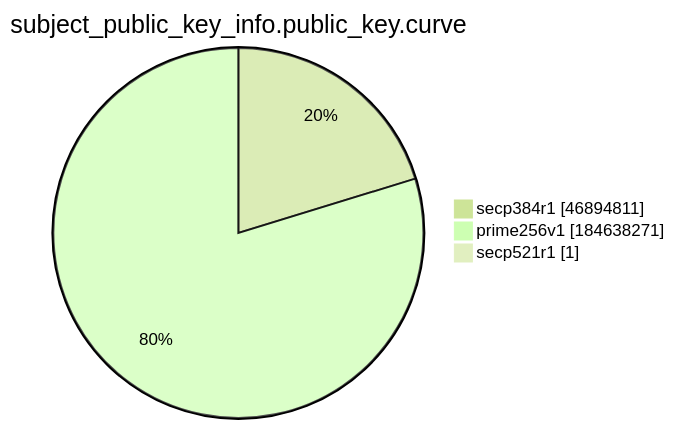
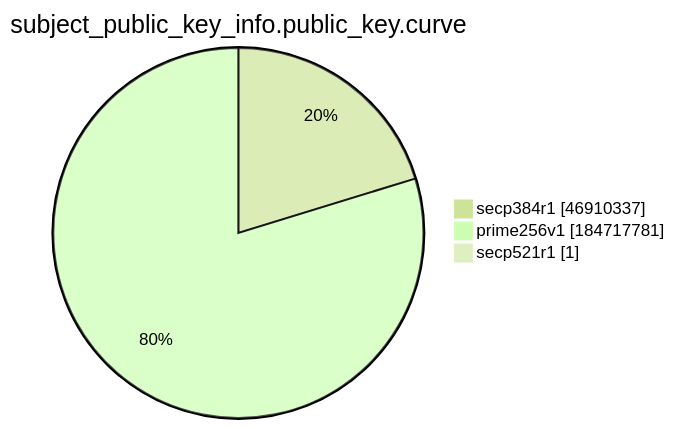
One commit to christiankrug/ctmonitor_visualization changed the ninth of 15 diagrams in xenon2022/README.md. Above: the diagram before and after it, drawn with Mermaid (forest theme). The commit also changed other lines of this file, not shown here.

````diff
--- a/xenon2022/README.md
+++ b/xenon2022/README.md
@@ -2874,7 +2874,7 @@
 ```mermaid
 pie showData
 title subject_public_key_info.public_key.curve
-"secp384r1" :46894811
-"prime256v1" :184638271
+"secp384r1" :46910337
+"prime256v1" :184717781
 "secp521r1" :1
 ```
````
